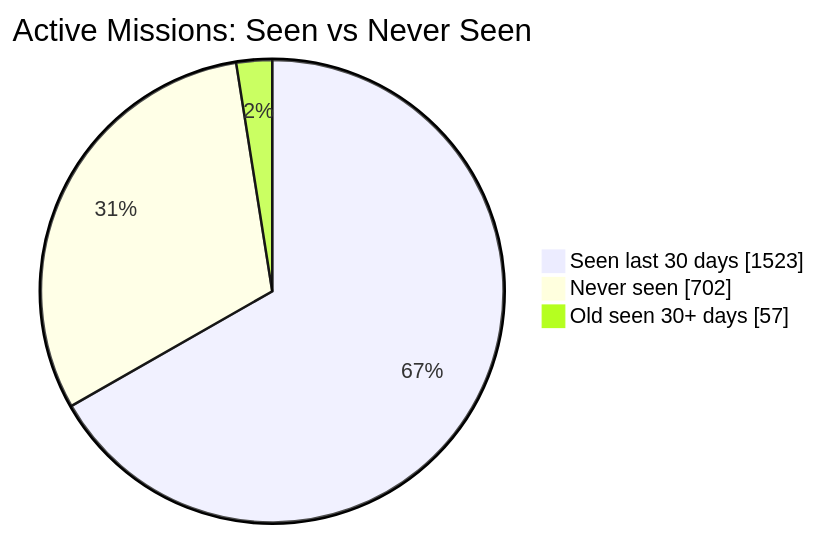
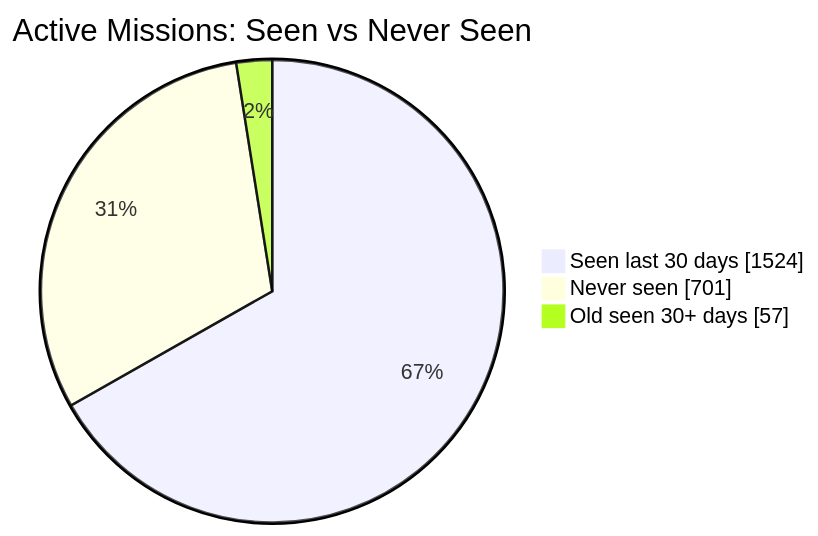
One commit to MeldkamerspelGameTeam/active-missions changed the first of 2 diagrams in README.md. Above: the diagram before and after it, drawn with Mermaid. The commit also changed other lines of this file and 2 other files, not shown here.

````diff
--- a/README.md
+++ b/README.md
@@ -34,7 +34,7 @@
 ```mermaid
 pie showData
     title Active Missions: Seen vs Never Seen
-    "Seen last 30 days" : 1523
-    "Never seen" : 702
+    "Seen last 30 days" : 1524
+    "Never seen" : 701
     "Old seen 30+ days" : 57
 ```
````
